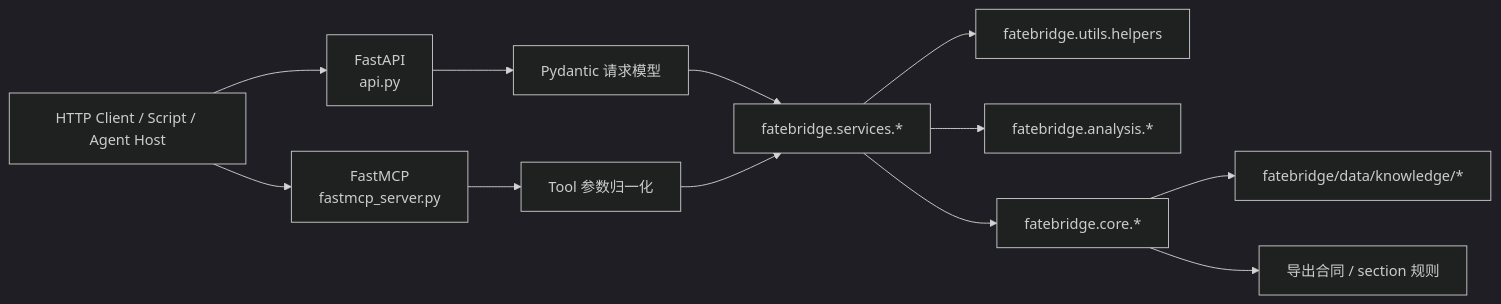
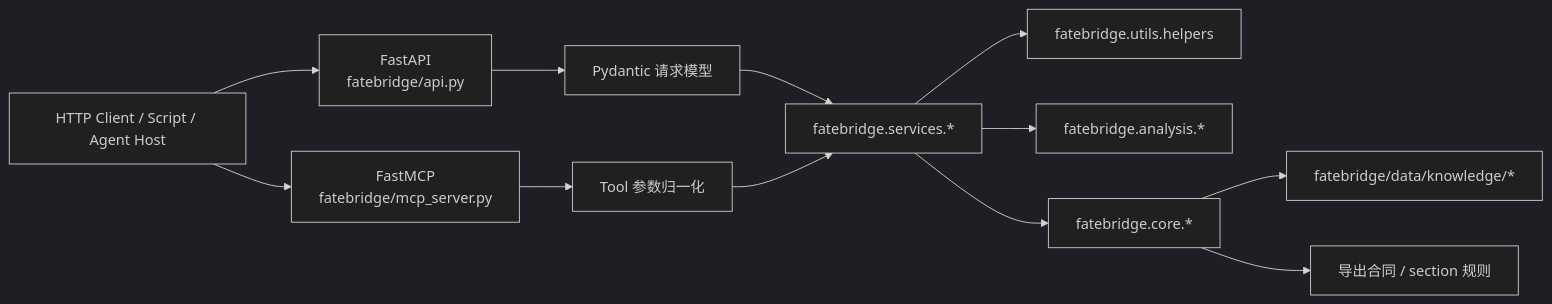
One commit to Yonder-Lab/FateBridge changed the first of 3 diagrams in docs/ARCHITECTURE.md. Above: the diagram before and after it, drawn with Mermaid (dark theme). The commit also changed other lines of this file and 29 other files, not shown here.

First line of the commit message:
refactor(layout): 把 api.py / fastmcp_server.py 移进 fatebridge 包

````diff
--- a/docs/ARCHITECTURE.md
+++ b/docs/ARCHITECTURE.md
@@ -7,18 +7,18 @@
 ```mermaid
 flowchart LR
-    Client["HTTP Client / Script / Agent Host"] --> REST["FastAPI<br/>api.py"]
-    Client --> MCP["FastMCP<br/>fastmcp_server.py"]
+    Client["HTTP Client / Script / Agent Host"] --> REST["FastAPI<br/>fatebridge/api.py"]
+    Client --> MCP["FastMCP<br/>fatebridge/mcp_server.py"]
 
     REST --> Models["Pydantic 请求模型"]
     MCP --> Args["Tool 参数归一化"]
 
     Models --> Services["fatebridge.services.*"]
     Args --> Services
 
     Services --> Helpers["fatebridge.utils.helpers"]
     Services --> Analysis["fatebridge.analysis.*"]
     Services --> Core["fatebridge.core.*"]
 
     Core --> Bundles["fatebridge/data/knowledge/*"]
     Core --> Contracts["导出合同 / section 规则"]
 ```
````
